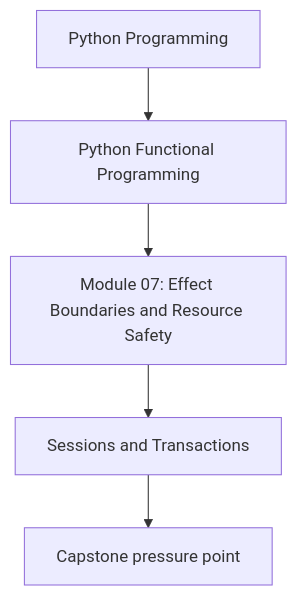
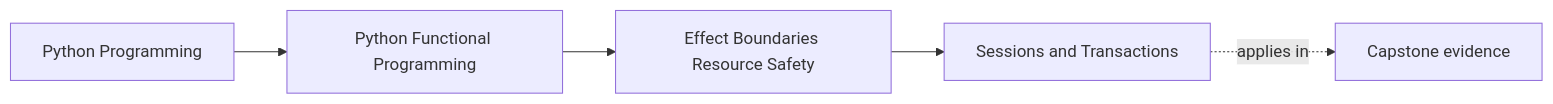
One commit to bijux/bijux-masterclass changed the first of 2 diagrams in programs/python-programming/python-functional-programming/course-book/module-07-effect-boundaries-resource-safety/sessions-and-transactions.md. Above: the diagram before and after it, drawn with Mermaid. The commit also changed other lines of this file and 108 other files, not shown here.

Commit message:
docs(python-functional-programming): map capstone and advanced design surfaces

````diff
--- a/programs/python-programming/python-functional-programming/course-book/module-07-effect-boundaries-resource-safety/sessions-and-transactions.md
+++ b/programs/python-programming/python-functional-programming/course-book/module-07-effect-boundaries-resource-safety/sessions-and-transactions.md
@@ -7,7 +7,11 @@
 ```mermaid
-flowchart TD
-  family["Python Programming"] --> program["Python Functional Programming"]
-  program --> module["Module 07: Effect Boundaries and Resource Safety"]
-  module --> concept["Sessions and Transactions"]
-  concept --> capstone["Capstone pressure point"]
+graph LR
+  family["Python Programming"]
+  program["Python Functional Programming"]
+  section["Effect Boundaries Resource Safety"]
+  page["Sessions and Transactions"]
+  capstone["Capstone evidence"]
+
+  family --> program --> section --> page
+  page -.applies in.-> capstone
 ```
````
